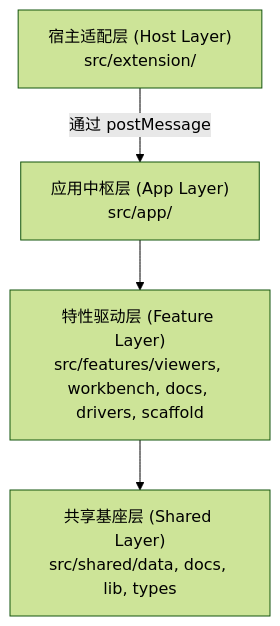
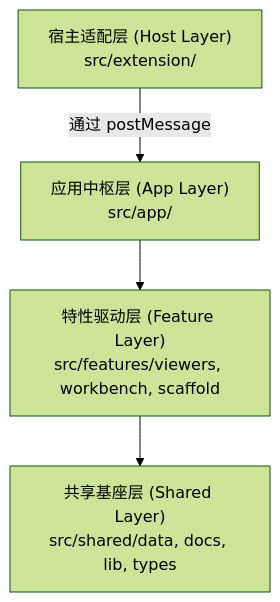
Before and after one commit to fsyyzz/OmniView-Open: the third of 6 diagrams in docs/architecture.md, drawn with Mermaid (forest theme). The commit also changed other lines of this file and 13 other files, not shown here.

````diff
--- a/docs/architecture.md
+++ b/docs/architecture.md
@@ -81,11 +81,11 @@
 ```mermaid
 flowchart TB
     Host["宿主适配层 (Host Layer)<br/>src/extension/"]
     App["应用中枢层 (App Layer)<br/>src/app/"]
-    Features["特性驱动层 (Feature Layer)<br/>src/features/viewers, workbench, docs, drivers, scaffold"]
+    Features["特性驱动层 (Feature Layer)<br/>src/features/viewers, workbench, scaffold"]
     Shared["共享基座层 (Shared Layer)<br/>src/shared/data, docs, lib, types"]
 
     Host -->|"通过 postMessage"| App
     App --> Features
     Features --> Shared
 ```
````
